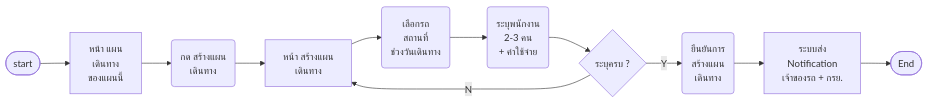
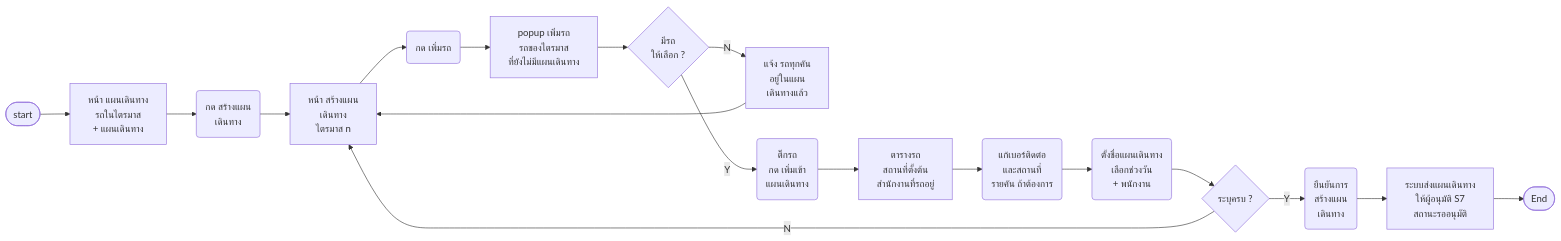
One commit to anugmail/Maintenance-Request-Form changed the fourth of 21 diagrams in Diagram/01-บำรุงรักษาตามวาระ/14-บำรุงรักษา-userflow.md. Above: the diagram before and after it, drawn with Mermaid. The commit also changed other lines of this file and 24 other files, not shown here.

First line of the commit message:
บำรุงรักษา: S10 กบค. / S23 ผู้รับจ้าง (แยก view · ส่งตรวจงาน · เพิ่ม แก้ไข ลบ อะไหล่และภาพ) · S11 ตรวจรับรายคันแบบการ์ด S2 · use case 76 ข้อ + ตาม scenario · export ทั้งชุดลงหน้า Maintainance

````diff
--- a/Diagram/01-บำรุงรักษาตามวาระ/14-บำรุงรักษา-userflow.md
+++ b/Diagram/01-บำรุงรักษาตามวาระ/14-บำรุงรักษา-userflow.md
@@ -246,15 +233,22 @@
 ```mermaid
 flowchart LR
-    S([start]) --> D1["หน้า แผน<br/>เดินทาง<br/>ของแผนนี้"]
+    S([start]) --> D1["หน้า แผนเดินทาง<br/>รถในไตรมาส<br/>+ แผนเดินทาง"]
     D1 --> A1("กด สร้างแผน<br/>เดินทาง")
-    A1 --> D2["หน้า สร้างแผน<br/>เดินทาง"]
-    D2 --> A2("เลือกรถ<br/>สถานที่<br/>ช่วงวันเดินทาง")
-    A2 --> A3("ระบุพนักงาน<br/>2-3 คน<br/>+ ค่าใช้จ่าย")
+    A1 --> D2["หน้า สร้างแผน<br/>เดินทาง<br/>ไตรมาส n"]
+    D2 --> A2("กด เพิ่มรถ")
+    A2 --> D5["popup เพิ่มรถ<br/>รถของไตรมาส<br/>ที่ยังไม่มีแผนเดินทาง"]
+    D5 --> Q2{"มีรถ<br/>ให้เลือก ?"}
+    Q2 -->|N| D6["แจ้ง รถทุกคัน<br/>อยู่ในแผน<br/>เดินทางแล้ว"]
+    D6 --> D2
+    Q2 -->|Y| A6("ติ๊กรถ<br/>กด เพิ่มเข้า<br/>แผนเดินทาง")
+    A6 --> D4["ตารางรถ<br/>สถานที่ตั้งต้น<br/>สำนักงานที่รถอยู่"]
+    D4 --> A5("แก้เบอร์ติดต่อ<br/>และสถานที่<br/>รายคัน ถ้าต้องการ")
+    A5 --> A3("ตั้งชื่อแผนเดินทาง<br/>เลือกช่วงวัน<br/>+ พนักงาน")
     A3 --> Q1{"ระบุครบ ?"}
     Q1 -->|N| D2
     Q1 -->|Y| A4("ยืนยันการ<br/>สร้างแผน<br/>เดินทาง")
-    A4 --> D3["ระบบส่ง<br/>Notification<br/>เจ้าของรถ + กรย."]
+    A4 --> D3["ระบบส่งแผนเดินทาง<br/>ให้ผู้อนุมัติ S7<br/>สถานะรออนุมัติ"]
     D3 --> E([End])
-    %% Q: A2 | Q11 ❓ "สถานที่บำรุงรักษา" คือจุดรวมงานเดียวกับที่ กรย. วางอะไหล่ไหม ใครกำหนดรายชื่อจุด
-    %% Q: D3 | Q12 ❓ Notification ส่งช่องทางไหน (เลนหน่วยงานบอก e-mail + VMS+) และเจ้าของรถต้องตอบรับวันไหม
+    %% Q: D5 | Q44 ❓ ฟอร์มที่ยังไม่กดยืนยัน กันรถไว้ไหม · ยกเลิกหรือแก้ไขแผนเดินทางที่ยืนยันแล้ว รถกลับมาเลือกได้ไหม
+    %% Q: A5 | Q47 ❓ เบอร์ติดต่อเจ้าของรถดึงจากข้อมูลไหน · S7 S8 ต้องแสดงเบอร์ด้วยไหม
 ```
````
